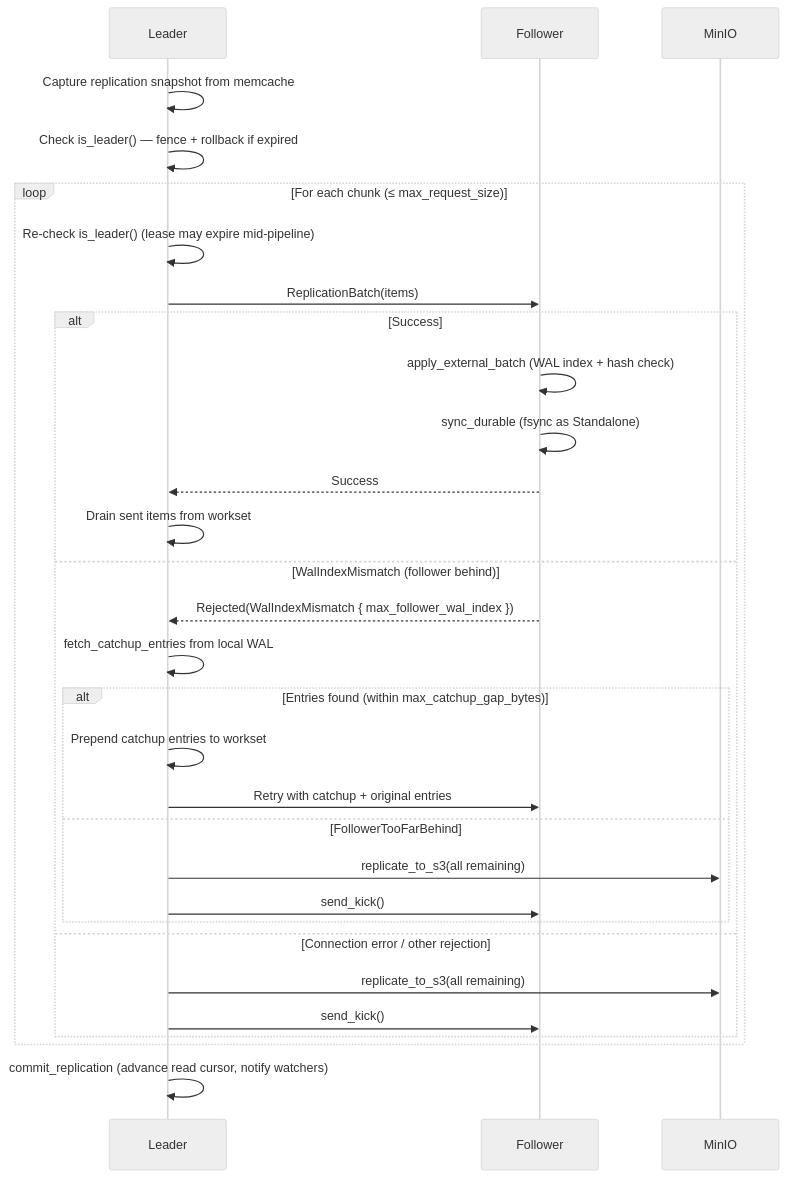
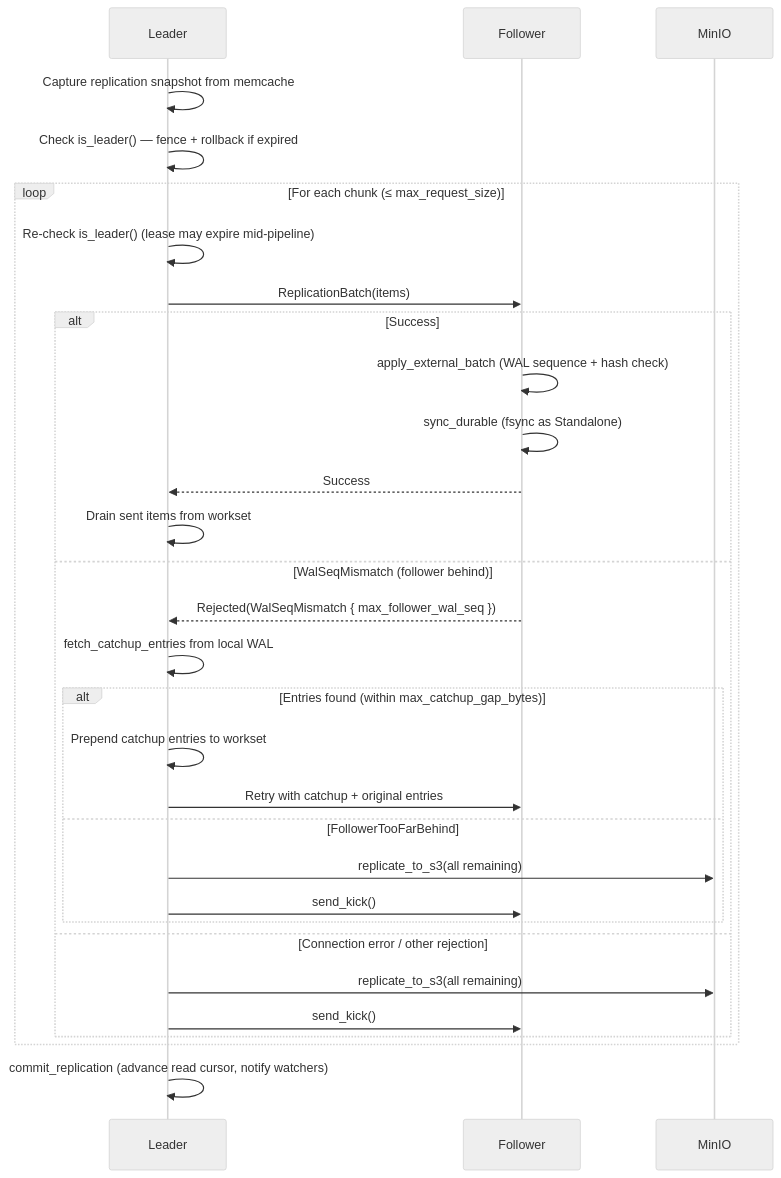
One commit to celeriant/celeriant-db changed the sixth of 12 diagrams in docs/leadership-replication-design.md. Above: the diagram before and after it, drawn with Mermaid (neutral theme). The commit also changed other lines of this file and 197 other files, not shown here.

````diff
--- a/docs/leadership-replication-design.md
+++ b/docs/leadership-replication-design.md
@@ -417,38 +417,38 @@
 ```mermaid
 sequenceDiagram
     participant L as Leader
     participant F as Follower
     participant S3 as MinIO
 
     L->>L: Capture replication snapshot from memcache
     L->>L: Check is_leader() — fence + rollback if expired
 
     loop For each chunk (≤ max_request_size)
         L->>L: Re-check is_leader() (lease may expire mid-pipeline)
         L->>F: ReplicationBatch(items)
 
         alt Success
-            F->>F: apply_external_batch (WAL index + hash check)
+            F->>F: apply_external_batch (WAL sequence + hash check)
             F->>F: sync_durable (fsync as Standalone)
             F-->>L: Success
             L->>L: Drain sent items from workset
 
-        else WalIndexMismatch (follower behind)
-            F-->>L: Rejected(WalIndexMismatch { max_follower_wal_index })
+        else WalSeqMismatch (follower behind)
+            F-->>L: Rejected(WalSeqMismatch { max_follower_wal_seq })
             L->>L: fetch_catchup_entries from local WAL
             alt Entries found (within max_catchup_gap_bytes)
                 L->>L: Prepend catchup entries to workset
                 L->>F: Retry with catchup + original entries
             else FollowerTooFarBehind
                 L->>S3: replicate_to_s3(all remaining)
                 L->>F: send_kick()
             end
 
         else Connection error / other rejection
             L->>S3: replicate_to_s3(all remaining)
             L->>F: send_kick()
         end
     end
 
     L->>L: commit_replication (advance read cursor, notify watchers)
 ```
````
